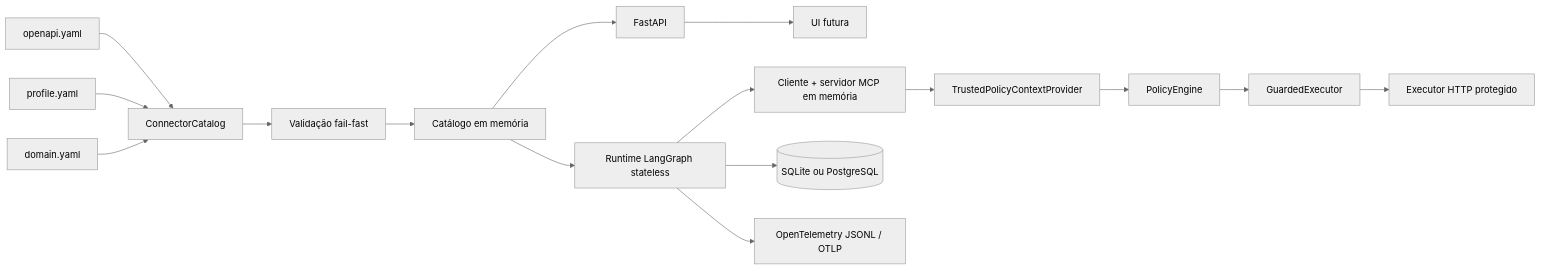
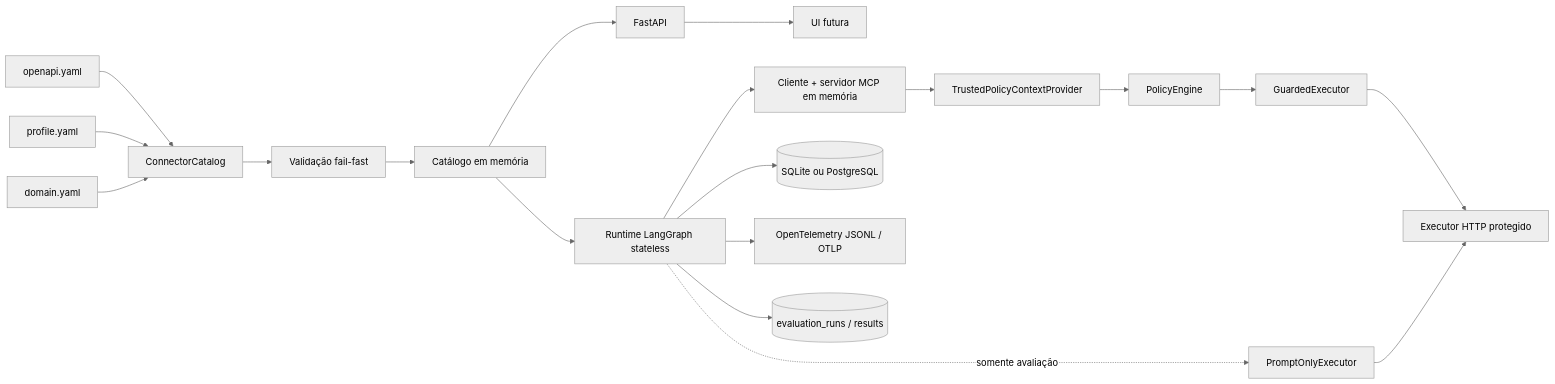
One commit to ChristianGandra21/indusguard changed the first of 7 diagrams in docs/architecture.md. Above: the diagram before and after it, drawn with Mermaid (neutral theme). The commit also changed other lines of this file and 64 other files, not shown here.

````diff
--- a/docs/architecture.md
+++ b/docs/architecture.md
@@ -9,18 +9,21 @@
 ```mermaid
 flowchart LR
     O[openapi.yaml] --> L[ConnectorCatalog]
     Y[profile.yaml] --> L
     D[domain.yaml] --> L
     L --> V[Validação fail-fast]
     V --> C[Catálogo em memória]
     C --> API[FastAPI]
     API --> UI[UI futura]
     C --> A[Runtime LangGraph stateless]
     A --> MCP[Cliente + servidor MCP em memória]
     A --> DB[(SQLite ou PostgreSQL)]
     A --> OT[OpenTelemetry JSONL / OTLP]
     MCP --> T[TrustedPolicyContextProvider]
     T --> P[PolicyEngine]
     P --> G[GuardedExecutor]
     G --> E[Executor HTTP protegido]
+    A -. somente avaliação .-> X[PromptOnlyExecutor]
+    X --> E
+    A --> ER[(evaluation_runs / results)]
 ```
````
